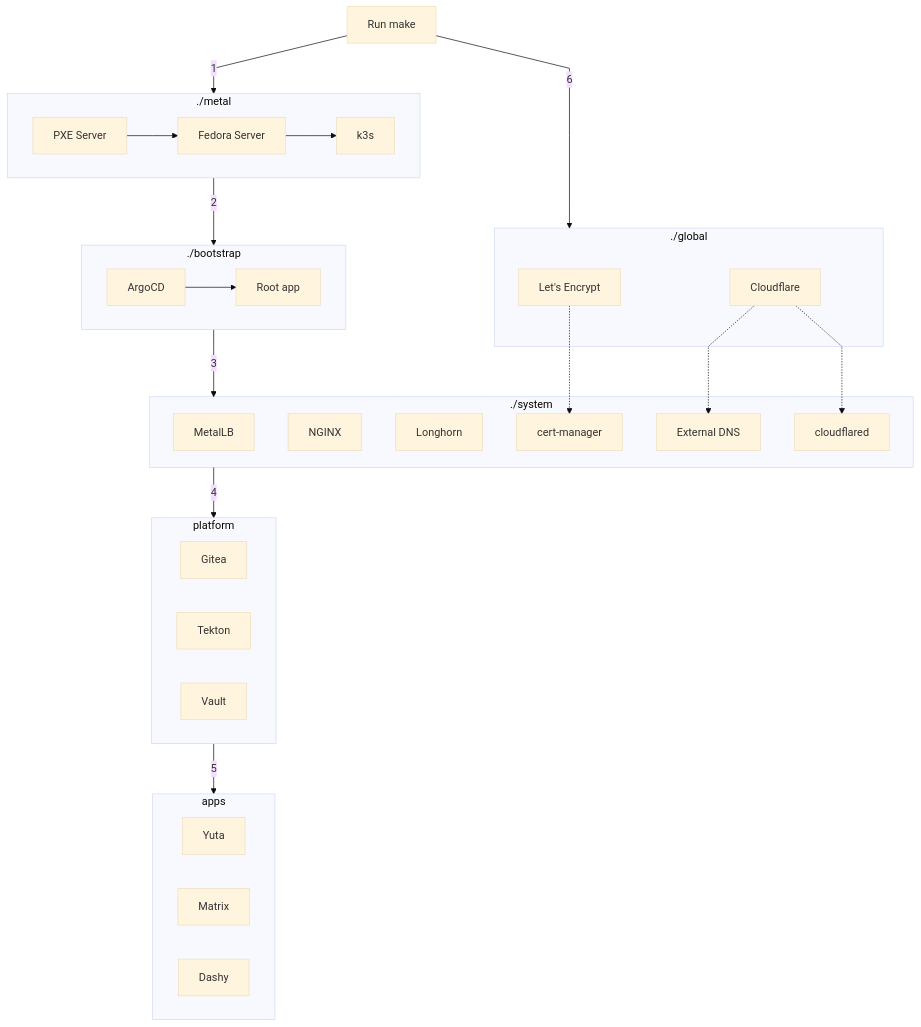
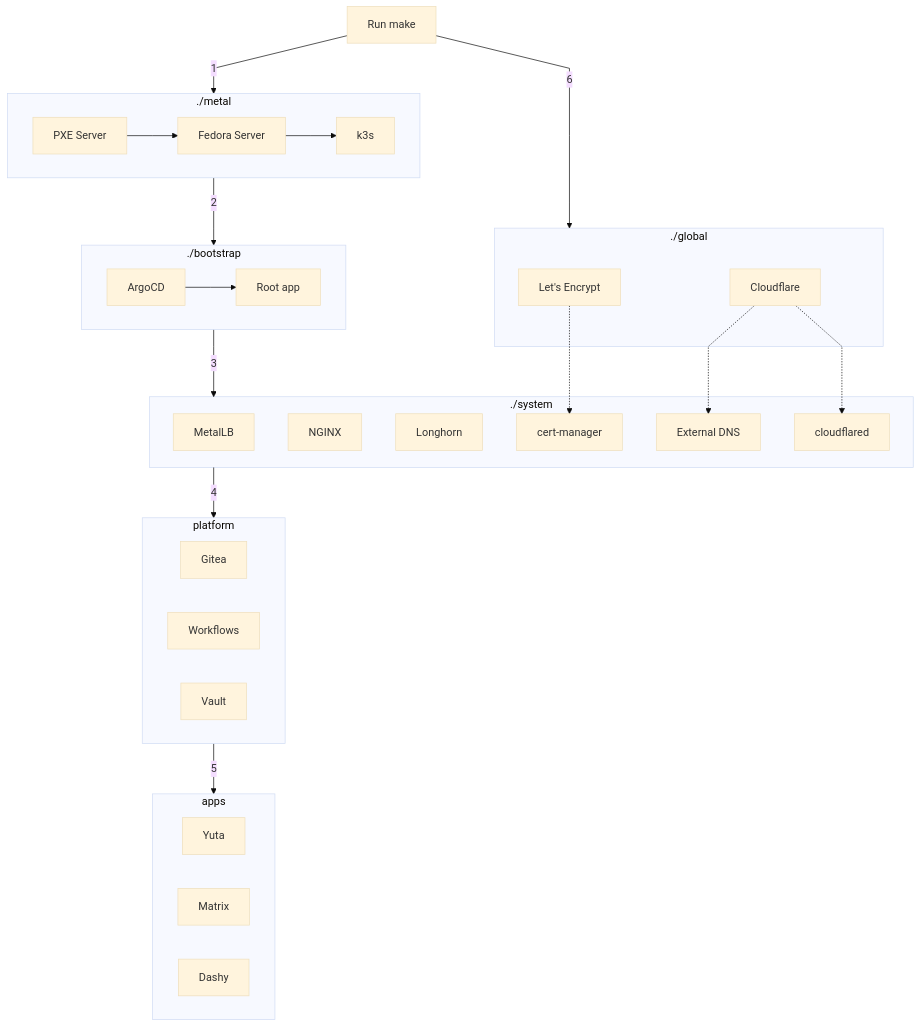
One commit to locmai/humble changed the diagram in docs/concepts/provisioning-flow.md. Above: the diagram before and after it, drawn with Mermaid (base theme). The commit also changed 13 other files, not shown here.

````diff
--- a/docs/concepts/provisioning-flow.md
+++ b/docs/concepts/provisioning-flow.md
@@ -22,46 +22,46 @@
 ```mermaid
 %%{init: { "flowchart": { "htmlLabels": true, "curve": "linear" } } }%%
 flowchart TD
   subgraph metal[./metal]
     pxe[PXE Server] --> linux[Fedora Server] --> k3s
   end
 
   subgraph bootstrap[./bootstrap]
     argocd[ArgoCD] --> rootapp[Root app]
   end
 
   subgraph system[./system]
     metallb[MetalLB]
     nginx[NGINX]
     longhorn[Longhorn]
     cert-manager
     external-dns[External DNS]
     cloudflared
   end
 
   subgraph platform
     gitea[Gitea]
-    tekton[Tekton]
+    workflows[Workflows]
     vault[Vault]
   end
 
   subgraph apps
     yuta[Yuta]
     matrix[Matrix]
     dashy[Dashy]
   end
 
   subgraph global[./global]
     letsencrypt[Let's Encrypt]
     cloudflare[Cloudflare]
   end
 
   letsencrypt -.-> cert-manager
   cloudflare -.-> external-dns
   cloudflare -.-> cloudflared
 
 
   
   make[Run make] -- 1 --> metal -- 2 --> bootstrap -- 3 --> system -- 4 --> platform -- 5 --> apps
   make[Run make] -- 6 --> global
 ```
````
